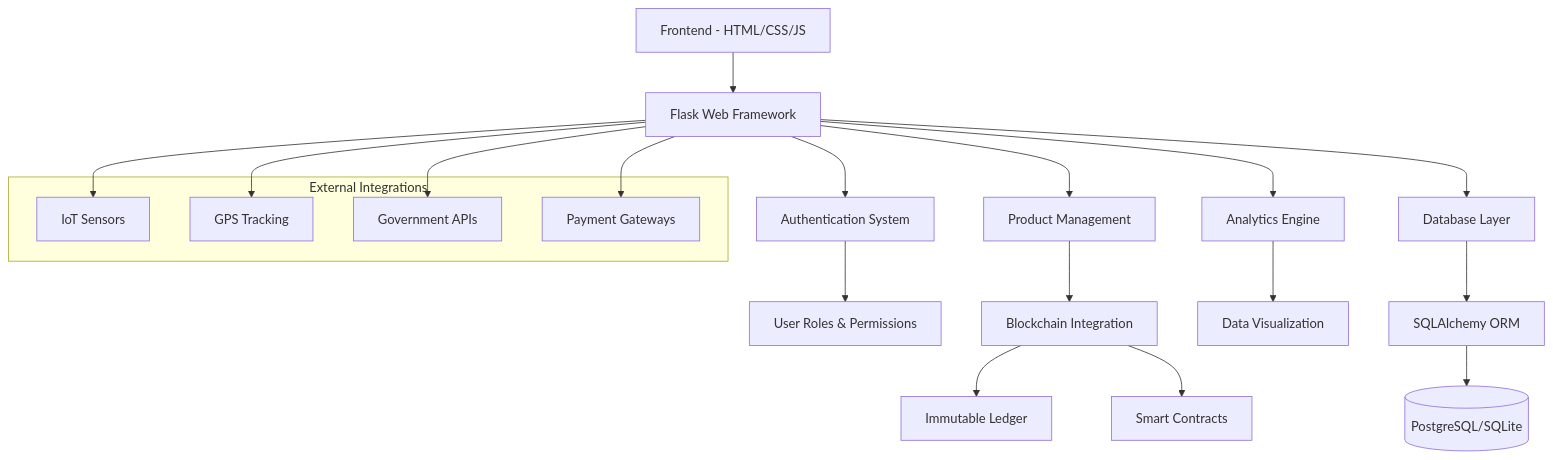
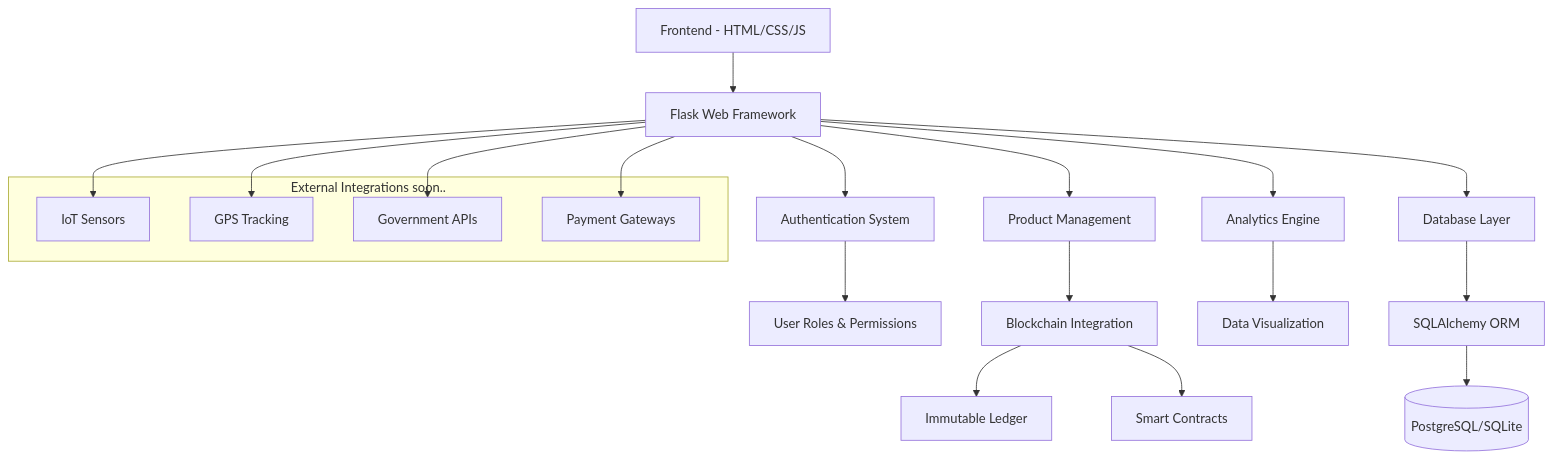
The diagram in README.md (codedbydumi/Blockchain-Food-Supply), drawn with Mermaid before and after one commit.

````diff
--- a/README.md
+++ b/README.md
@@ -99,27 +99,27 @@
 ```mermaid
 graph TB
     A[Frontend - HTML/CSS/JS] --> B[Flask Web Framework]
     B --> C[Authentication System]
     B --> D[Product Management]
     B --> E[Analytics Engine]
     C --> F[User Roles & Permissions]
     D --> G[Blockchain Integration]
     E --> H[Data Visualization]
     G --> I[Immutable Ledger]
     G --> J[Smart Contracts]
     B --> K[Database Layer]
     K --> L[SQLAlchemy ORM]
     L --> M[(PostgreSQL/SQLite)]
     
-    subgraph "External Integrations"
+    subgraph "External Integrations soon.."
         N[IoT Sensors]
         O[GPS Tracking]
         P[Government APIs]
         Q[Payment Gateways]
     end
     
     B --> N
     B --> O
     B --> P
     B --> Q
 ```
````
